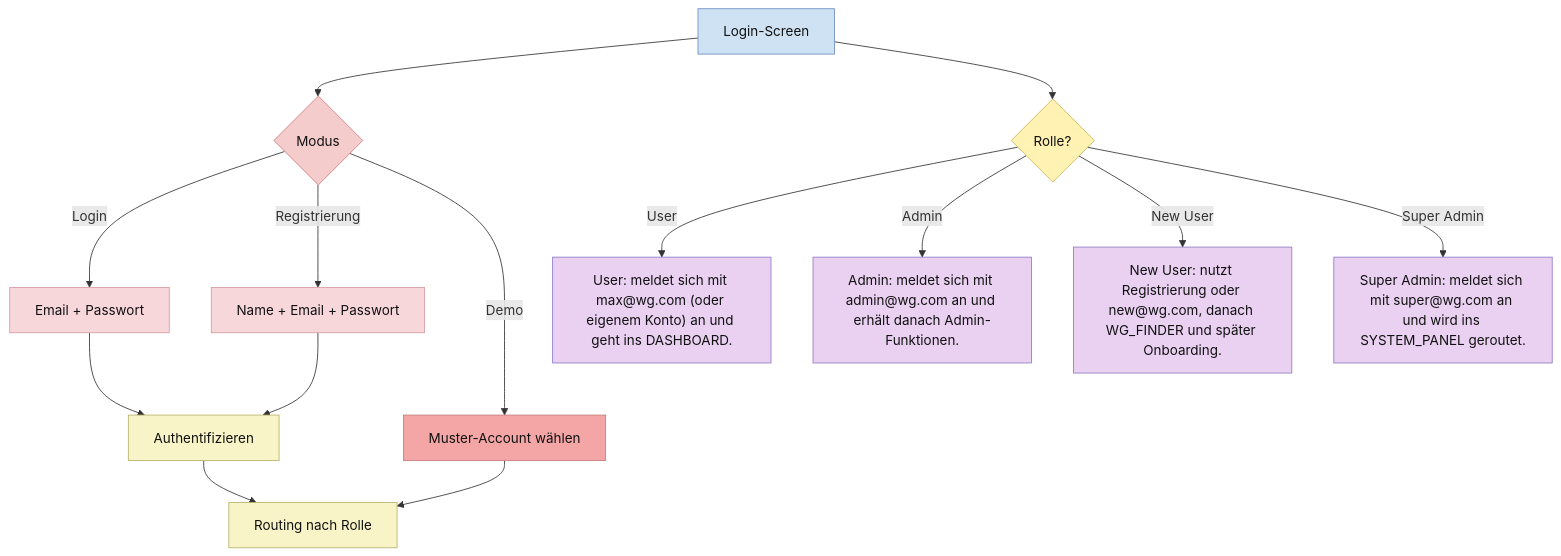
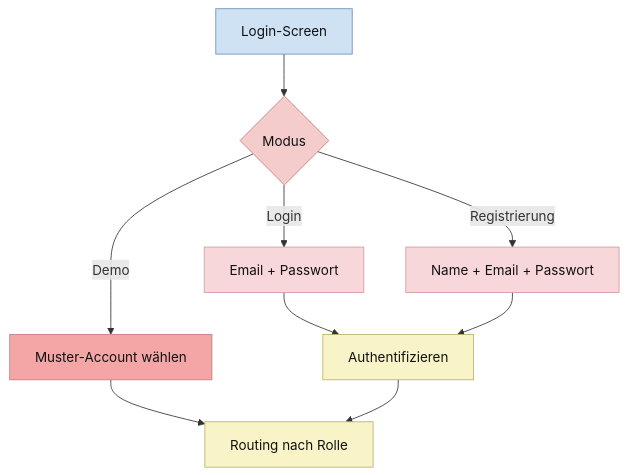
One commit to Nejy190501/WGManager changed the eighth of 27 diagrams in ABLAUFDIAGRAMM.md. Above: the diagram before and after it, drawn with Mermaid. The commit also changed other lines of this file, not shown here.

````diff
--- a/ABLAUFDIAGRAMM.md
+++ b/ABLAUFDIAGRAMM.md
@@ -436,38 +358,25 @@
 ```mermaid
 flowchart TD
     A["Login-Screen"] --> B{"Modus"}
     B -->|Login| C["Email + Passwort"]
     B -->|Registrierung| D["Name + Email + Passwort"]
     B -->|Demo| E["Muster-Account wählen"]
     C --> F["Authentifizieren"]
     D --> F
     E --> G["Routing nach Rolle"]
     F --> G
-
-
-    A --> RLQ{"Rolle?"}
-    RLU["User: meldet sich mit max@wg.com (oder eigenem Konto) an und geht ins DASHBOARD."]
-    RLA["Admin: meldet sich mit admin@wg.com an und erhält danach Admin-Funktionen."]
-    RLN["New User: nutzt Registrierung oder new@wg.com, danach WG_FINDER und später Onboarding."]
-    RLS["Super Admin: meldet sich mit super@wg.com an und wird ins SYSTEM_PANEL geroutet."]
-    RLQ -->|User| RLU
-    RLQ -->|Admin| RLA
-    RLQ -->|New User| RLN
-    RLQ -->|Super Admin| RLS
 
     classDef userAction fill:#ead1f2,stroke:#8e7cc3,color:#111;
     classDef systemAction fill:#f9f4c7,stroke:#b7b26a,color:#111;
     classDef userDecision fill:#f4cccc,stroke:#cc7a7a,color:#111;
     classDef systemDecision fill:#fff2b2,stroke:#c9b458,color:#111;
     classDef button fill:#f4a6a6,stroke:#c97b7b,color:#111;
     classDef userInput fill:#f8d7da,stroke:#d49aa2,color:#111;
     classDef screen fill:#cfe2f3,stroke:#6c8ebf,color:#111;
 
     class F,G systemAction;
     class B userDecision;
     class E button;
     class C,D userInput;
     class A screen;
-    class RLQ systemDecision;
-    class RLU,RLA,RLN,RLS userAction;
 ```
````
